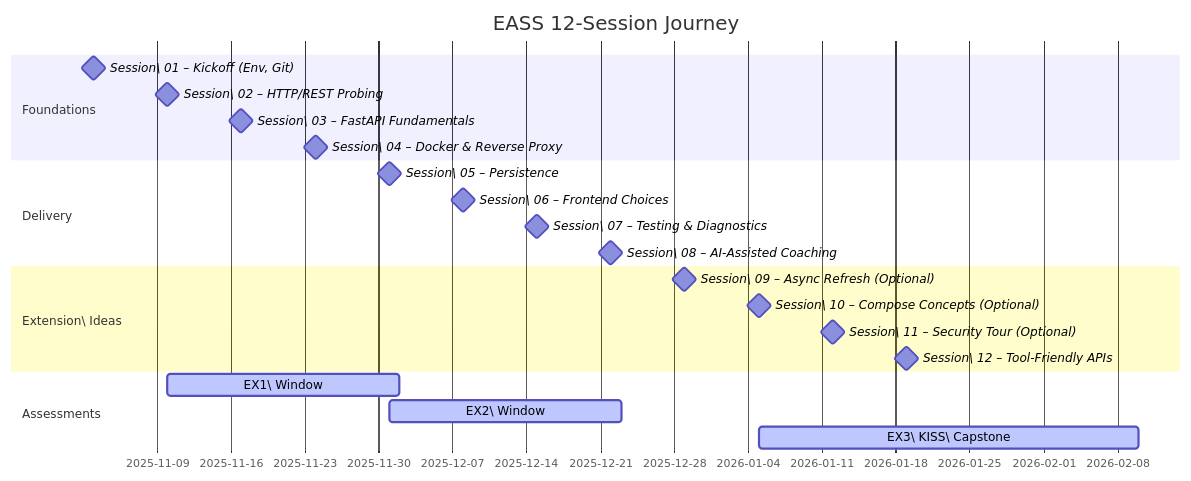
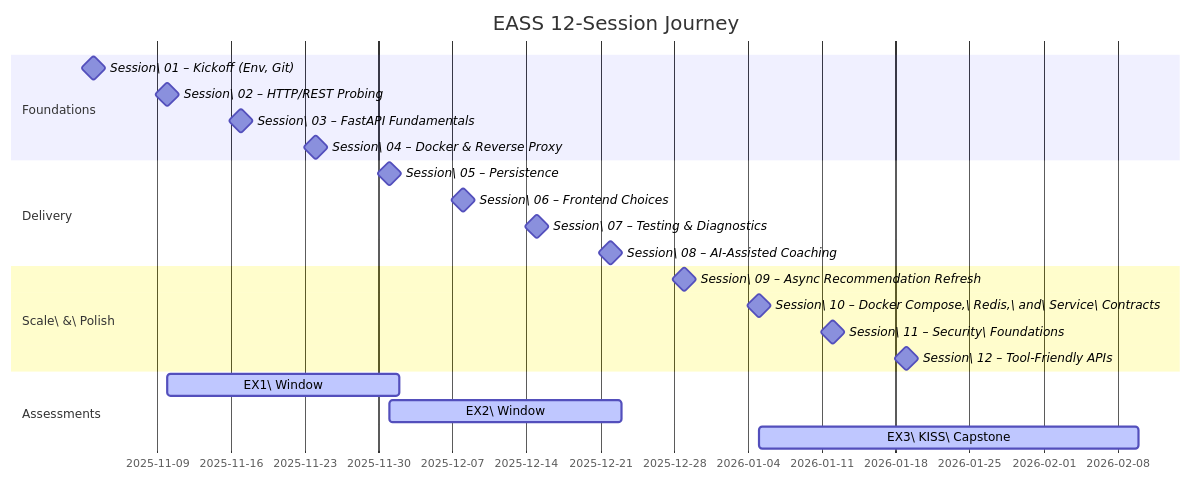
Before and after one commit to EASS-HIT-PART-A-2026-CLASS-IX/lecture-notes: the diagram in docs/index.md, drawn with Mermaid. The commit also changed other lines of this file and 6 other files, not shown here.

````diff
--- a/docs/index.md
+++ b/docs/index.md
@@ -43,24 +43,24 @@
 ```mermaid
 gantt
     title EASS 12-Session Journey
     dateFormat  YYYY-MM-DD
     section Foundations
     Session\ 01 – Kickoff (Env, Git)         :milestone, 2025-11-03, 0d
     Session\ 02 – HTTP/REST Probing          :milestone, 2025-11-10, 0d
     Session\ 03 – FastAPI Fundamentals       :milestone, 2025-11-17, 0d
     Session\ 04 – Docker & Reverse Proxy     :milestone, 2025-11-24, 0d
     section Delivery
     Session\ 05 – Persistence                :milestone, 2025-12-01, 0d
     Session\ 06 – Frontend Choices           :milestone, 2025-12-08, 0d
     Session\ 07 – Testing & Diagnostics      :milestone, 2025-12-15, 0d
     Session\ 08 – AI-Assisted Coaching       :milestone, 2025-12-22, 0d
-    section Extension\ Ideas
-    Session\ 09 – Async Refresh (Optional)   :milestone, 2025-12-29, 0d
-    Session\ 10 – Compose Concepts (Optional):milestone, 2026-01-05, 0d
-    Session\ 11 – Security Tour (Optional)   :milestone, 2026-01-12, 0d
-    Session\ 12 – Tool-Friendly APIs         :milestone, 2026-01-19, 0d
+    section Scale\ &\ Polish
+    Session\ 09 – Async Recommendation Refresh   :milestone, 2025-12-29, 0d
+    Session\ 10 – Docker Compose,\ Redis,\ and\ Service\ Contracts:milestone, 2026-01-05, 0d
+    Session\ 11 – Security\ Foundations          :milestone, 2026-01-12, 0d
+    Session\ 12 – Tool-Friendly APIs             :milestone, 2026-01-19, 0d
     section Assessments
     EX1\ Window                              :active, 2025-11-10, 2025-12-02
     EX2\ Window                              :active, 2025-12-01, 2025-12-23
     EX3\ KISS\ Capstone                      :active, 2026-01-05, 2026-02-10
 ```
````
